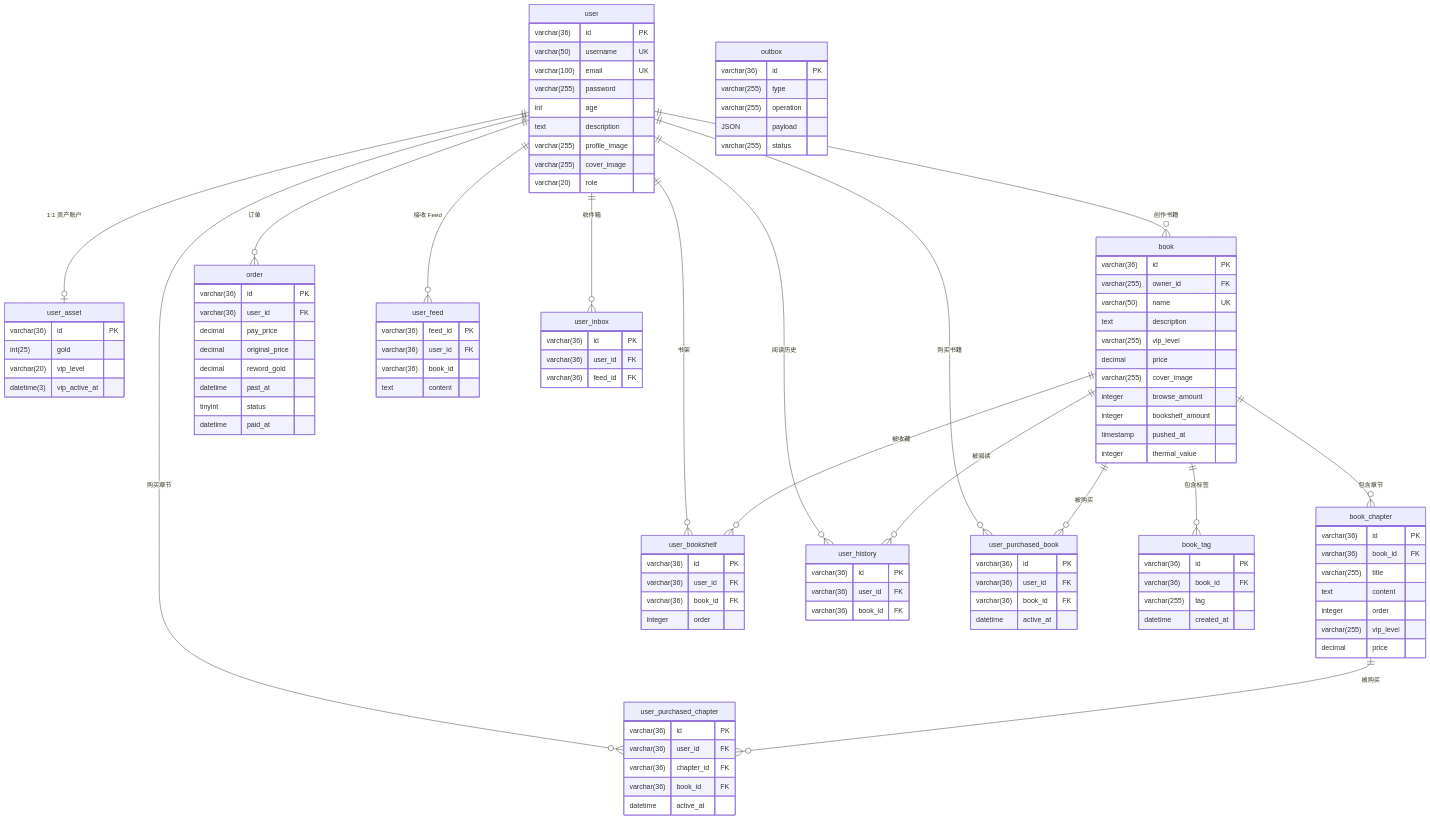
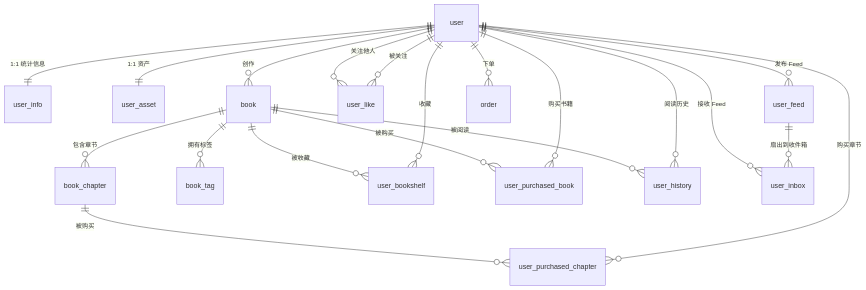
Before and after one commit to Bluore/fiction_book: the diagram in doc/MODEL.md, drawn with Mermaid. The commit also changed other lines of this file and 3 other files, not shown here.

````diff
--- a/doc/MODEL.md
+++ b/doc/MODEL.md
@@ -11,128 +42,22 @@
 ```mermaid
 erDiagram
-    user {
-        varchar(36) id PK
-        varchar(50)  username UK
-        varchar(100) email    UK
-        varchar(255) password
-        int          age
-        text         description
-        varchar(255) profile_image
-        varchar(255) cover_image
-        varchar(20)  role
-    }
-
-    user_asset {
-        varchar(36)  id PK
-        int(25)      gold
-        varchar(20)  vip_level
-        datetime(3)  vip_active_at
-    }
-
-    book {
-        varchar(36)  id PK
-        varchar(255) owner_id FK
-        varchar(50)  name  UK
-        text         description
-        varchar(255) vip_level
-        decimal      price
-        varchar(255) cover_image
-        integer      browse_amount
-        integer      bookshelf_amount
-        timestamp    pushed_at
-        integer      thermal_value
-    }
-
-    book_chapter {
-        varchar(36)  id PK
-        varchar(36)  book_id FK
-        varchar(255) title
-        text         content
-        integer      order
-        varchar(255) vip_level
-        decimal      price
-    }
-
-    user_bookshelf {
-        varchar(36) id PK
-        varchar(36) user_id FK
-        varchar(36) book_id FK
-        integer     order
-    }
-
-    user_history {
-        varchar(36) id PK
-        varchar(36) user_id FK
-        varchar(36) book_id FK
-    }
-
-    user_purchased_book {
-        varchar(36) id PK
-        varchar(36) user_id FK
-        varchar(36) book_id FK
-        datetime    active_at
-    }
-
-    user_purchased_chapter {
-        varchar(36) id PK
-        varchar(36) user_id    FK
-        varchar(36) chapter_id FK
-        varchar(36) book_id    FK
-        datetime    active_at
-    }
-
-    order {
-        varchar(36) id PK
-        varchar(36) user_id FK
-        decimal     pay_price
-        decimal     original_price
-        decimal     reword_gold
-        datetime    past_at
-        tinyint     status
-        datetime    paid_at
-    }
-
-    outbox {
-        varchar(36)  id PK
-        varchar(255) type
-        varchar(255) operation
-        JSON         payload
-        varchar(255) status
-    }
-
-    book_tag {
-        varchar(36)  id      PK
-        varchar(36)  book_id FK
-        varchar(255) tag
-        datetime     created_at
-    }
-
-    user_feed {
-        varchar(36) feed_id PK
-        varchar(36) user_id FK
-        varchar(36) book_id
-        text        content
-    }
-
-    user_inbox {
-        varchar(36) id      PK
-        varchar(36) user_id FK
-        varchar(36) feed_id FK
-    }
-
-    user       ||--o| user_asset           : "1:1 资产账户"
-    user       ||--o{ book                 : "创作书籍"
-    user       ||--o{ user_bookshelf       : "书架"
-    user       ||--o{ user_history         : "阅读历史"
-    user       ||--o{ user_purchased_book  : "购买书籍"
-    user       ||--o{ user_purchased_chapter : "购买章节"
-    user       ||--o{ order               : "订单"
-    book       ||--o{ book_chapter        : "包含章节"
-    book       ||--o{ book_tag            : "包含标签"
-    book       ||--o{ user_bookshelf      : "被收藏"
-    book       ||--o{ user_history        : "被阅读"
-    book       ||--o{ user_purchased_book : "被购买"
+    user ||--|| user_info : "1:1 统计信息"
+    user ||--|| user_asset : "1:1 资产"
+    user ||--o{ book : "创作"
+    book ||--o{ book_chapter : "包含章节"
+    book ||--o{ book_tag : "拥有标签"
+    user ||--o{ user_bookshelf : "收藏"
+    book ||--o{ user_bookshelf : "被收藏"
+    user ||--o{ user_purchased_book : "购买书籍"
+    book ||--o{ user_purchased_book : "被购买"
+    user ||--o{ user_purchased_chapter : "购买章节"
     book_chapter ||--o{ user_purchased_chapter : "被购买"
-    user        ||--o{ user_feed          : "接收 Feed"
-    user        ||--o{ user_inbox         : "收件箱"
+    user ||--o{ user_like : "被关注"
+    user ||--o{ user_like : "关注他人"
+    user ||--o{ user_history : "阅读历史"
+    book ||--o{ user_history : "被阅读"
+    user ||--o{ user_feed : "发布 Feed"
+    user_feed ||--o{ user_inbox : "扇出到收件箱"
+    user ||--o{ user_inbox : "接收 Feed"
+    user ||--o{ order : "下单"
 ```
````
